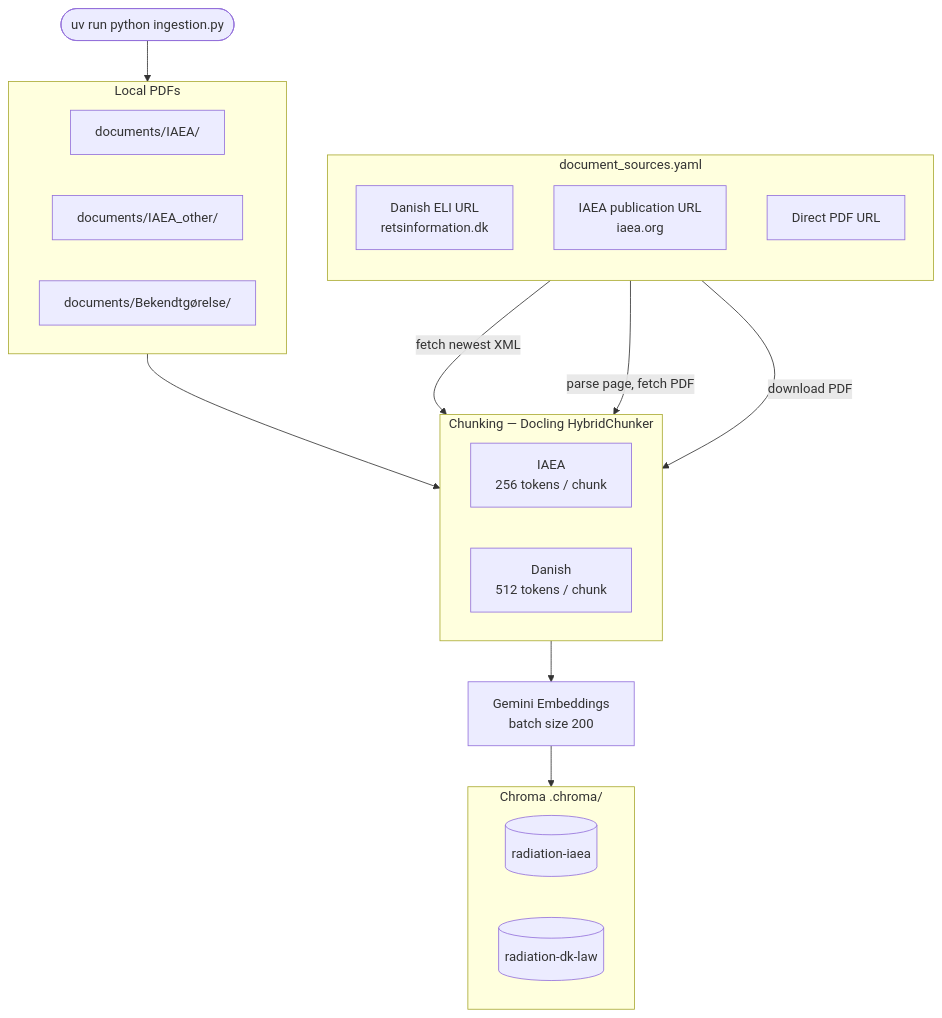
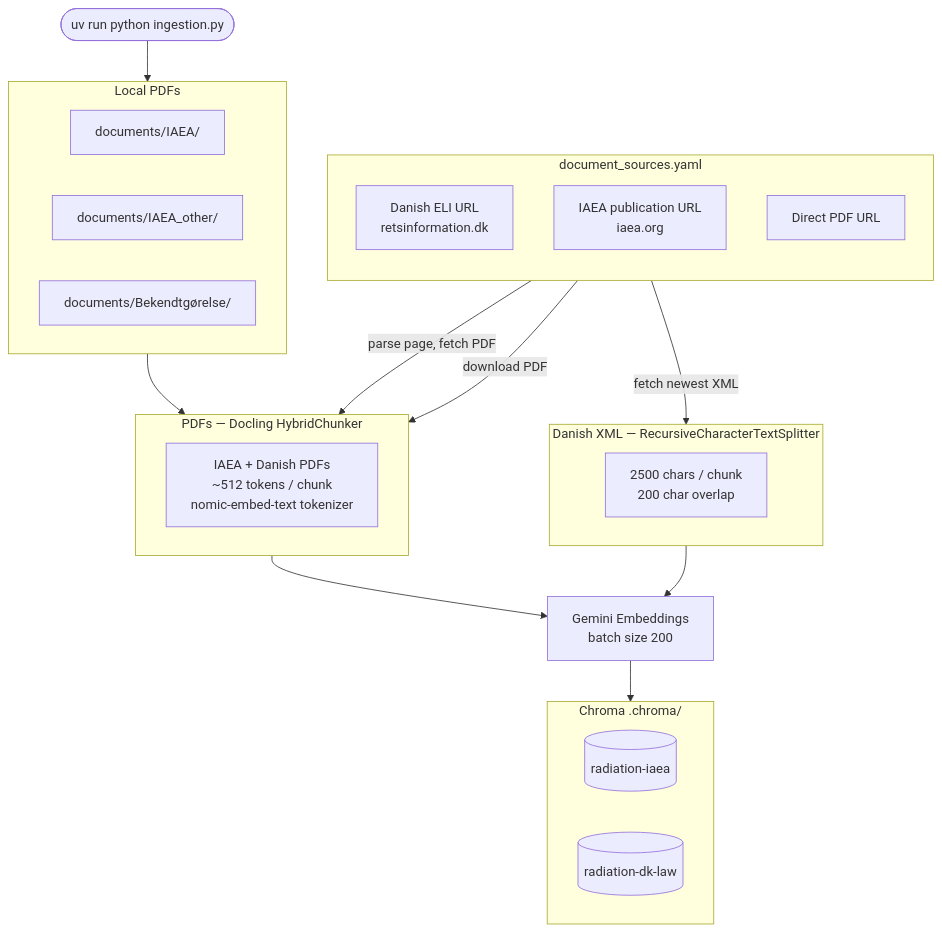
Before and after one commit to eikrad/Radiationsafety: the third of 5 diagrams in docs/architecture.md, drawn with Mermaid. The commit also changed other lines of this file and 2 other files, not shown here.

Commit message:
Fix documentation drift in README and docs/architecture.md
- Correct the ingestion diagram: IAEA/Danish PDFs are chunked with
  Docling HybridChunker at ~512 tokens/chunk (not 256), while Danish
  XML sources (retsinformation.dk) use RecursiveCharacterTextSplitter
  at 2500 chars/200 overlap, not token-based chunking.
- Add the undocumented GET /documents/source/{id}/file route to the
  architecture.md API routes table (already listed in
  production-readiness.md and present in api/main.py).
- Fix a broken anchor link in docs/README.md pointing to
  architecture.md's Privacy Mode section.
- Add Contributing and License pointer sections to README.md.

Claude-Session: https://claude.ai/code/session_012YbdhnY7YR5jZ5zt9qGdSC

````diff
--- a/docs/architecture.md
+++ b/docs/architecture.md
@@ -150,37 +150,42 @@
 ```mermaid
 flowchart TD
     START([uv run python ingestion.py]) --> LOCAL
 
     subgraph LOCAL [Local PDFs]
         direction LR
         IAEA[documents/IAEA/]
         OTHER[documents/IAEA_other/]
         DK[documents/Bekendtgørelse/]
     end
 
     subgraph REGISTRY [document_sources.yaml]
         direction TB
         DKURL[Danish ELI URL\nretsinformation.dk]
         IAEAURL[IAEA publication URL\niaea.org]
         DIRECT[Direct PDF URL]
     end
 
     LOCAL --> CHUNK
-    DKURL -->|fetch newest XML| CHUNK
     IAEAURL -->|parse page, fetch PDF| CHUNK
     DIRECT -->|download PDF| CHUNK
+    DKURL -->|fetch newest XML| CHUNKDK
 
-    subgraph CHUNK [Chunking — Docling HybridChunker]
+    subgraph CHUNK [PDFs — Docling HybridChunker]
         direction LR
-        C1[IAEA\n256 tokens / chunk]
-        C2[Danish\n512 tokens / chunk]
+        C1[IAEA + Danish PDFs\n~512 tokens / chunk\nnomic-embed-text tokenizer]
+    end
+
+    subgraph CHUNKDK [Danish XML — RecursiveCharacterTextSplitter]
+        direction LR
+        C2[2500 chars / chunk\n200 char overlap]
     end
 
     CHUNK --> EMBED[Gemini Embeddings\nbatch size 200]
+    CHUNKDK --> EMBED
     EMBED --> CHROMA
 
     subgraph CHROMA [Chroma .chroma/]
         COL1[(radiation-iaea)]
         COL2[(radiation-dk-law)]
     end
 ```
````
